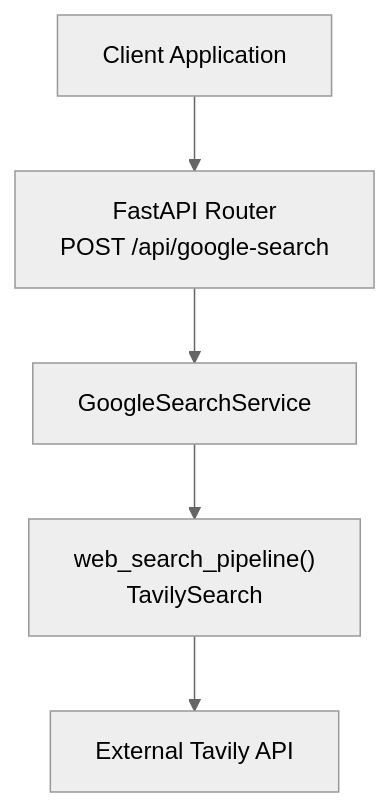
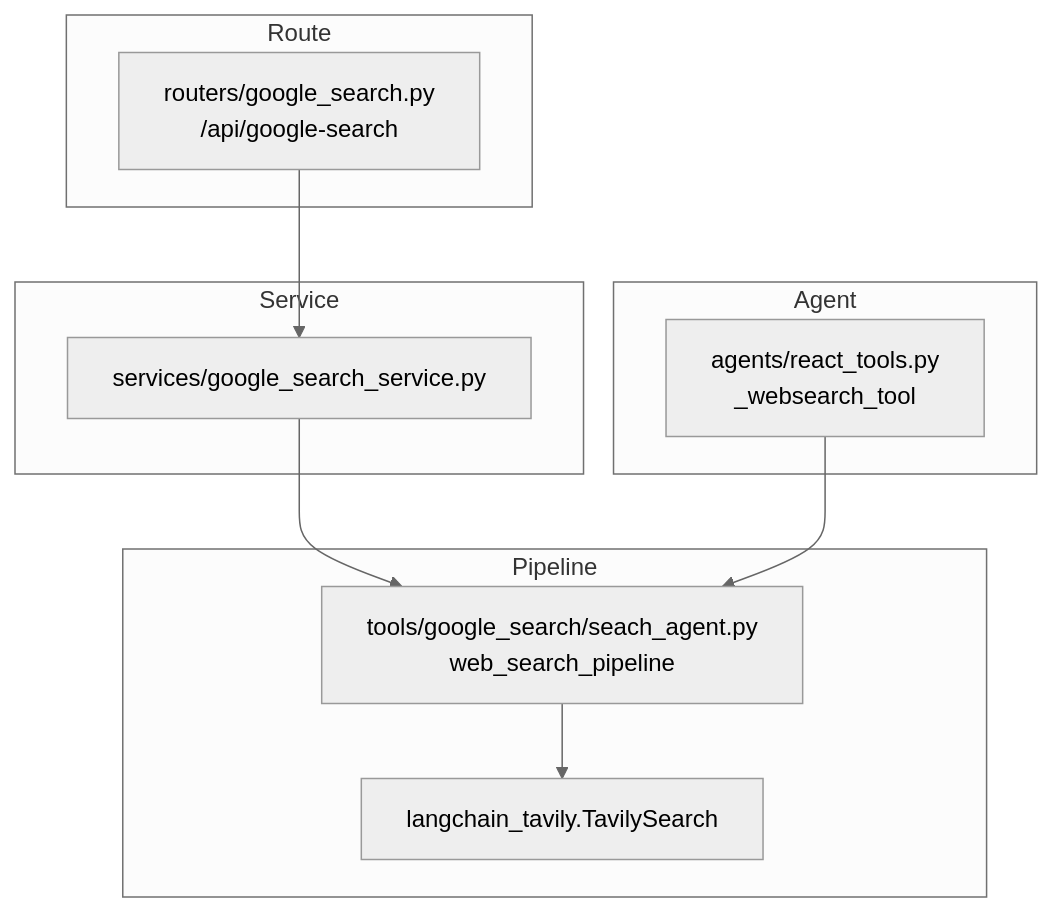
The first of 5 diagrams in src/data/docs/agentic-browser/API Server/Search Integration API.md (tashifkhan/tashif.codes), drawn with Mermaid (neutral theme) before and after one commit. The commit also changed other lines of this file and 114 other files, not shown here.

````diff
--- a/src/data/docs/agentic-browser/API Server/Search Integration API.md
+++ b/src/data/docs/agentic-browser/API Server/Search Integration API.md
@@ -12,7 +16,20 @@
 ```mermaid
 graph TB
-Client["Client Application"] --> API["FastAPI Router<br/>POST /api/google-search"]
-API --> Service["GoogleSearchService"]
-Service --> Pipeline["web_search_pipeline()<br/>TavilySearch"]
-Pipeline --> Tavily["External Tavily API"]
+  subgraph "Route"
+    GS["routers/google_search.py<br/>/api/google-search"]
+  end
+  subgraph "Service"
+    GSS["services/google_search_service.py"]
+  end
+  subgraph "Pipeline"
+    WSP["tools/google_search/seach_agent.py<br/>web_search_pipeline"]
+    TS["langchain_tavily.TavilySearch"]
+  end
+  subgraph "Agent"
+    RT["agents/react_tools.py<br/>_websearch_tool"]
+  end
+  GS --> GSS
+  GSS --> WSP
+  WSP --> TS
+  RT --> WSP
 ```
````
